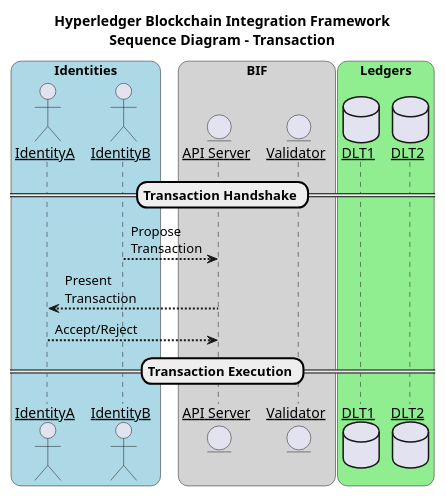
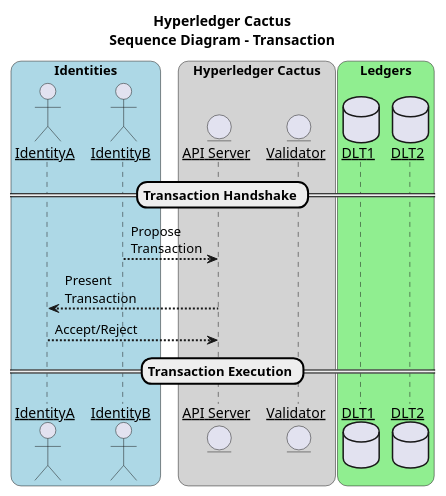
Before and after one commit to hyperledger-cacti/cacti: the diagram in docs/architecture/sequence-diagram-transaction.puml, drawn with PlantUML. The commit also changed 32 other files, not shown here.

Commit message:
docs: Name change to Hyperledger Cactus

```diff
--- a/docs/architecture/sequence-diagram-transaction.puml
+++ b/docs/architecture/sequence-diagram-transaction.puml
@@ -1,34 +1,34 @@
 @startuml Sequence Diagram - Transaction
 
-title Hyperledger Blockchain Integration Framework\nSequence Diagram - Transaction
+title Hyperledger Cactus\nSequence Diagram - Transaction
 
 skinparam sequenceArrowThickness 2
 skinparam roundcorner 20
 skinparam maxmessagesize 60
 skinparam sequenceParticipant underline
 
 box "Identities" #LightBlue
 actor IdentityA as a
 actor IdentityB as b
 end box
 
-box "BIF" #LightGray
+box "Hyperledger Cactus" #LightGray
 entity "API Server" as apis
 entity "Validator" as v
 end box
 
 box "Ledgers" #LightGreen
 database DLT1 as d1
 database DLT2 as d2
 end box
 
 == Transaction Handshake ==
 
 b --> apis: Propose Transaction
 apis --> a: Present Transaction
 a --> apis: Accept/Reject
 
 == Transaction Execution ==
 
 
 @enduml
```
